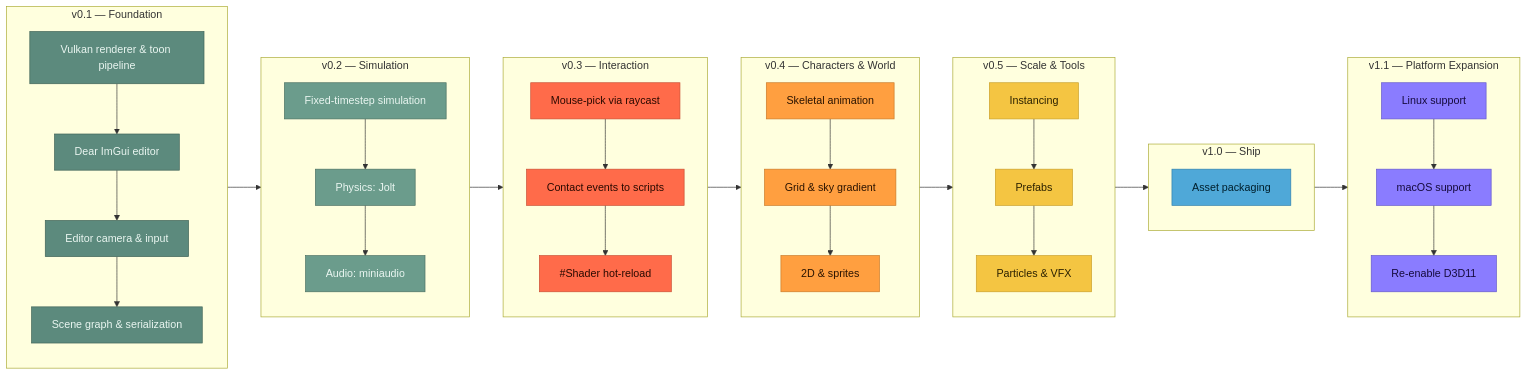
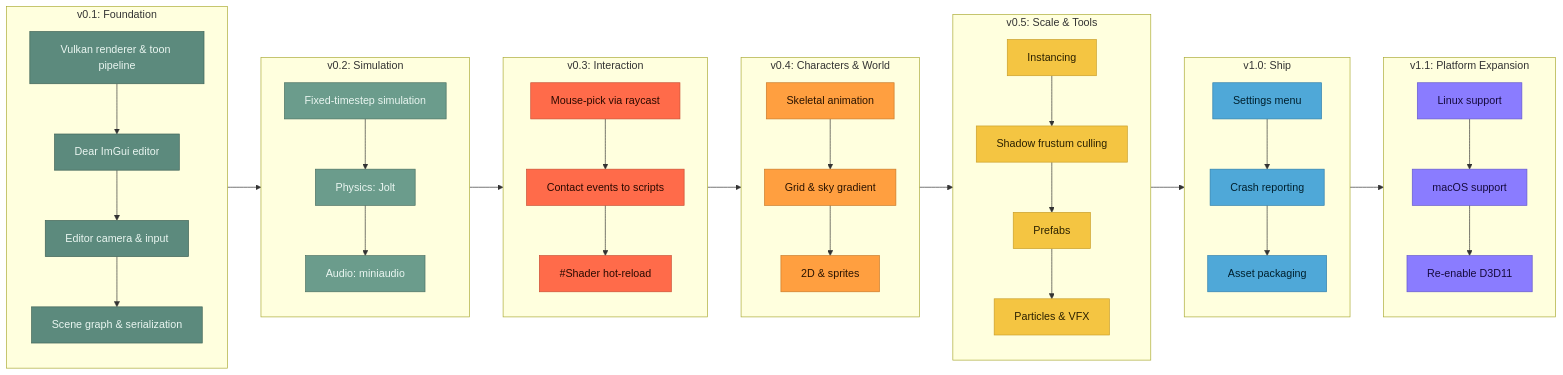
Before and after one commit to skylotus-studios/ToonEngine: the diagram in README.md, drawn with Mermaid. The commit also changed 1 other file, not shown here.

Commit message:
Reprioritize roadmap: add frustum culling, settings menu, crash reporting
update-roadmap research pass across architecture, Steam-release gaps, and
performance. Architecture lens found nothing to add (src/** still holds
§7 discipline). Adds shadow frustum culling after instancing, and a
settings-menu + crash-reporting release-readiness cluster before asset
packaging. Notes a player-save system and achievements/Steam Input as
researched-but-not-yet-ranked. Mouse-pick and contact-events left
untouched per user direction. Renumbers 7/23 items; mirrors the diagram
in README.

````diff
--- a/README.md
+++ b/README.md
@@ -118,74 +118,78 @@
 ```mermaid
 flowchart LR
-  subgraph V01["v0.1 — Foundation"]
+  subgraph V01["v0.1: Foundation"]
     direction TB
     S1["Vulkan renderer &amp; toon pipeline"]
     S2["Dear ImGui editor"]
     S3["Editor camera &amp; input"]
     S4["Scene graph &amp; serialization"]
     S1 --> S2 --> S3 --> S4
   end
 
-  subgraph V02["v0.2 — Simulation"]
+  subgraph V02["v0.2: Simulation"]
     direction TB
     S5["Fixed-timestep simulation"]
     S6["Physics: Jolt"]
     S7["Audio: miniaudio"]
     S5 --> S6 --> S7
   end
 
-  subgraph V03["v0.3 — Interaction"]
+  subgraph V03["v0.3: Interaction"]
     direction TB
     N8["Mouse-pick via raycast"]
     N9["Contact events to scripts"]
     N10["#Shader hot-reload"]
     N8 --> N9 --> N10
   end
 
-  subgraph V04["v0.4 — Characters &amp; World"]
+  subgraph V04["v0.4: Characters &amp; World"]
     direction TB
     N11["Skeletal animation"]
     N12["Grid &amp; sky gradient"]
     N13["2D &amp; sprites"]
     N11 --> N12 --> N13
   end
 
-  subgraph V05["v0.5 — Scale &amp; Tools"]
+  subgraph V05["v0.5: Scale &amp; Tools"]
     direction TB
     N14["Instancing"]
-    N15["Prefabs"]
-    N16["Particles &amp; VFX"]
-    N14 --> N15 --> N16
+    N15["Shadow frustum culling"]
+    N16["Prefabs"]
+    N17["Particles &amp; VFX"]
+    N14 --> N15 --> N16 --> N17
   end
 
-  subgraph V10["v1.0 — Ship"]
+  subgraph V10["v1.0: Ship"]
     direction TB
-    N17["Asset packaging"]
+    N18["Settings menu"]
+    N19["Crash reporting"]
+    N20["Asset packaging"]
+    N18 --> N19 --> N20
   end
 
-  subgraph V11["v1.1 — Platform Expansion"]
+  subgraph V11["v1.1: Platform Expansion"]
     direction TB
-    N18["Linux support"]
-    N19["macOS support"]
-    N20["Re-enable D3D11"]
-    N18 --> N19 --> N20
+    N21["Linux support"]
+    N22["macOS support"]
+    N23["Re-enable D3D11"]
+    N21 --> N22 --> N23
   end
 
   V01 --> V02 --> V03 --> V04 --> V05 --> V10 --> V11
 
   classDef v01 fill:#5C8A7D,stroke:#3f6357,color:#EAF6F1;
   classDef v02 fill:#6B9C8C,stroke:#4a7062,color:#EAF6F1;
   classDef v03 fill:#FF6B4A,stroke:#c94e33,color:#2B0A00;
   classDef v04 fill:#FF9F40,stroke:#c97927,color:#2B1400;
   classDef v05 fill:#F4C542,stroke:#c99e28,color:#2B2100;
   classDef v10 fill:#4FA8D8,stroke:#2f7fac,color:#00202E;
   classDef v11 fill:#8A7CFF,stroke:#6357cc,color:#160B3E;
 
   class S1,S2,S3,S4 v01
   class S5,S6,S7 v02
   class N8,N9,N10 v03
   class N11,N12,N13 v04
-  class N14,N15,N16 v05
-  class N17 v10
-  class N18,N19,N20 v11
+  class N14,N15,N16,N17 v05
+  class N18,N19,N20 v10
+  class N21,N22,N23 v11
 ```
````
